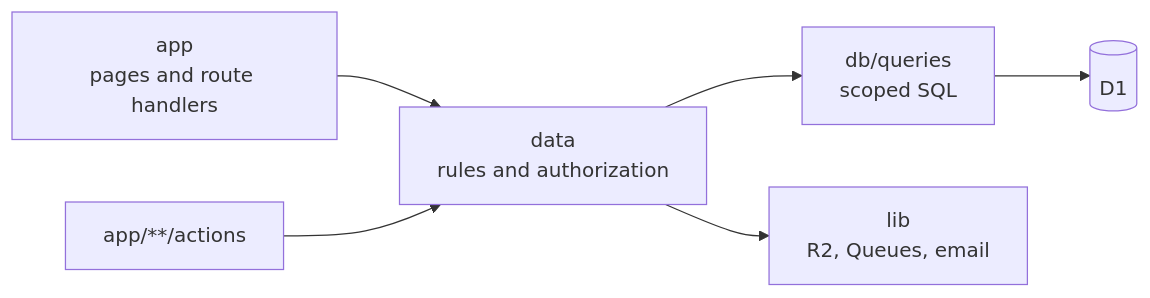
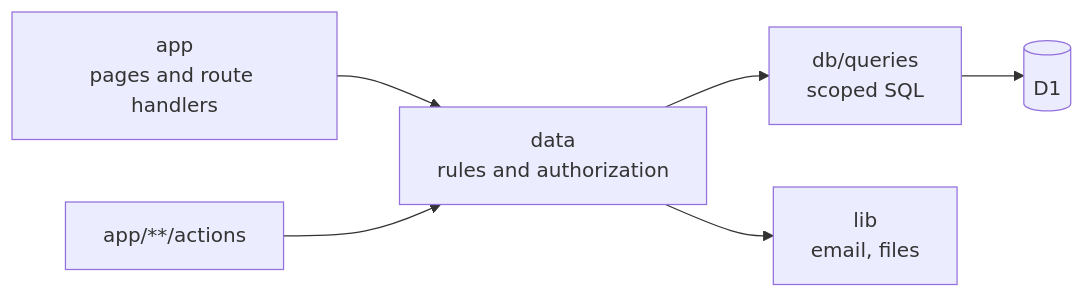
Before and after one commit to TuSunfua/planwise: the second of 2 diagrams in docs/platform/architecture.md, drawn with Mermaid. The commit also changed other lines of this file and 22 other files, not shown here.

````diff
--- a/docs/platform/architecture.md
+++ b/docs/platform/architecture.md
@@ -37,8 +34,8 @@
 ```mermaid
 flowchart LR
   UI[app<br/>pages and route handlers] --> S[data<br/>rules and authorization]
   ACT[app/**/actions] --> S
   S --> R[db/queries<br/>scoped SQL]
-  S --> P[lib<br/>R2, Queues, email]
+  S --> P[lib<br/>email, files]
   R --> DB[(D1)]
 ```
````
